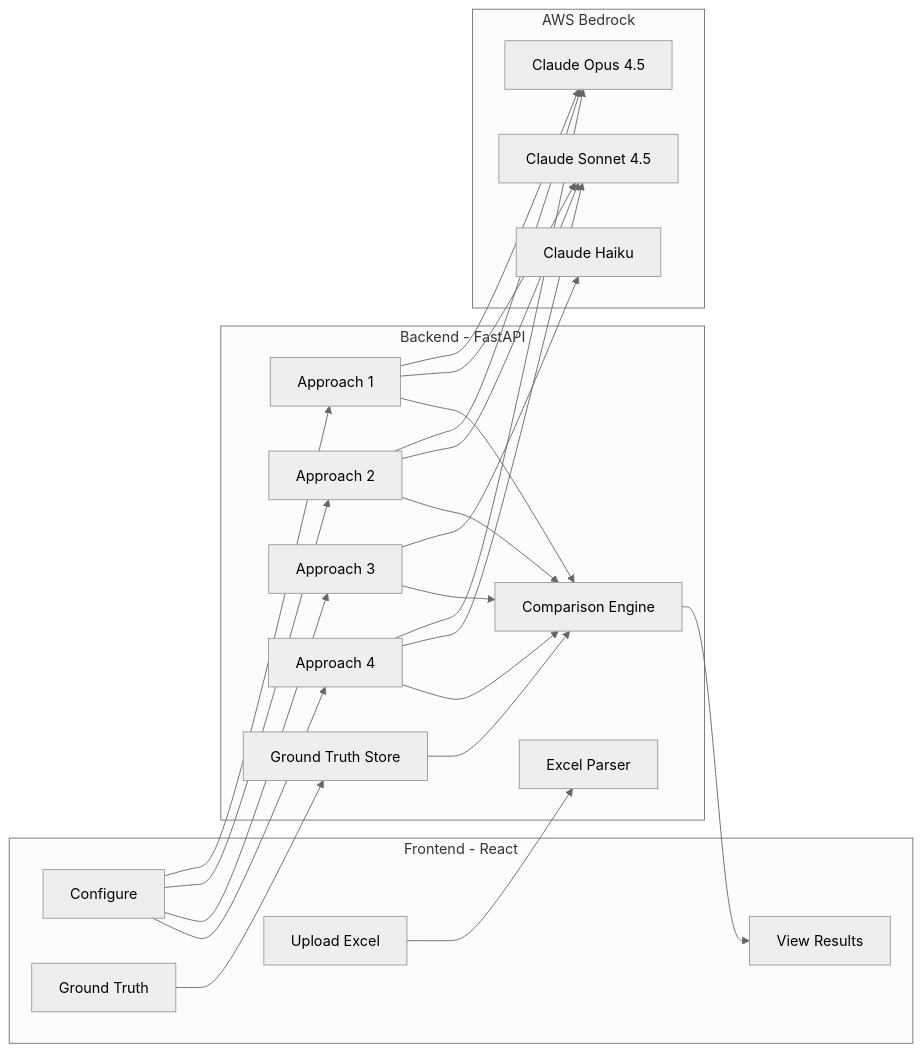
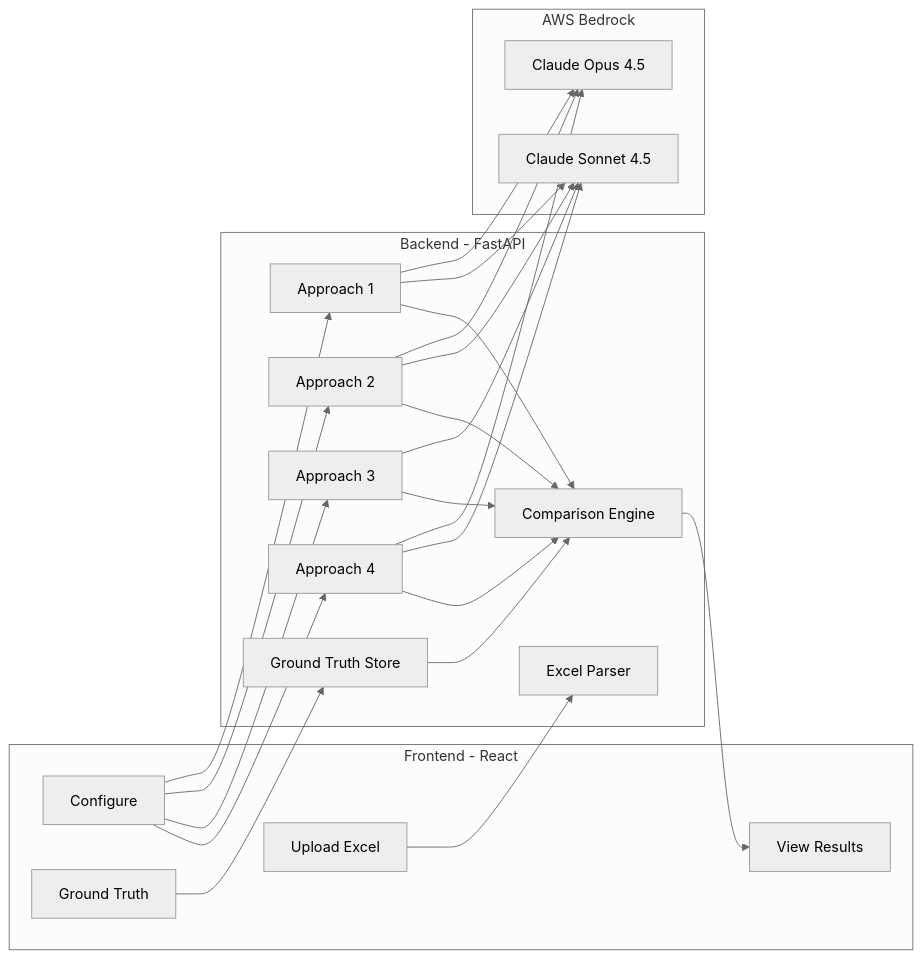
One commit to dil-pkoppany/advanced-question-extraction-poc changed the diagram in README.md. Above: the diagram before and after it, drawn with Mermaid (neutral theme). The commit also changed other lines of this file and 3 other files, not shown here.

````diff
--- a/README.md
+++ b/README.md
@@ -54,34 +54,33 @@
 ```mermaid
 flowchart LR
     subgraph frontend [Frontend - React]
         Upload[Upload Excel]
         Config[Configure]
         Results[View Results]
         GT[Ground Truth]
     end
 
     subgraph backend [Backend - FastAPI]
         Parser[Excel Parser]
         A1[Approach 1]
         A2[Approach 2]
         A3[Approach 3]
         A4[Approach 4]
         Compare[Comparison Engine]
         GTStore[Ground Truth Store]
     end
 
     subgraph llm [AWS Bedrock]
         Opus[Claude Opus 4.5]
         Sonnet[Claude Sonnet 4.5]
-        Haiku[Claude Haiku]
     end
 
     Upload --> Parser
     Config --> A1 & A2 & A3 & A4
     A1 & A2 & A4 --> Opus & Sonnet
-    A3 --> Haiku
+    A3 --> Sonnet
     A1 & A2 & A3 & A4 --> Compare
     Compare --> Results
     GT --> GTStore
     GTStore --> Compare
 ```
````
